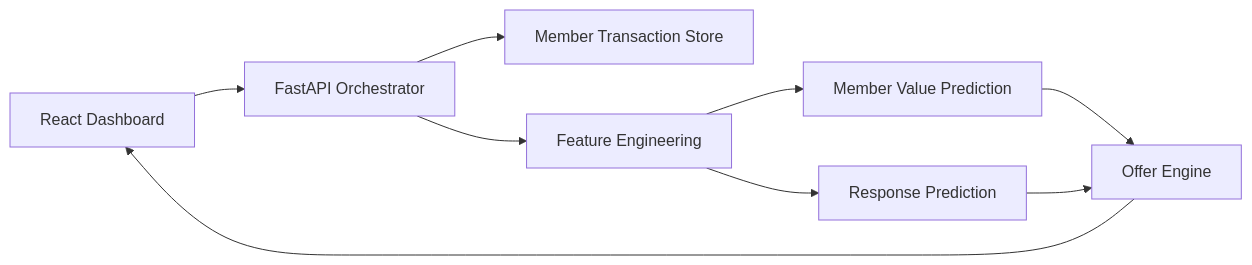
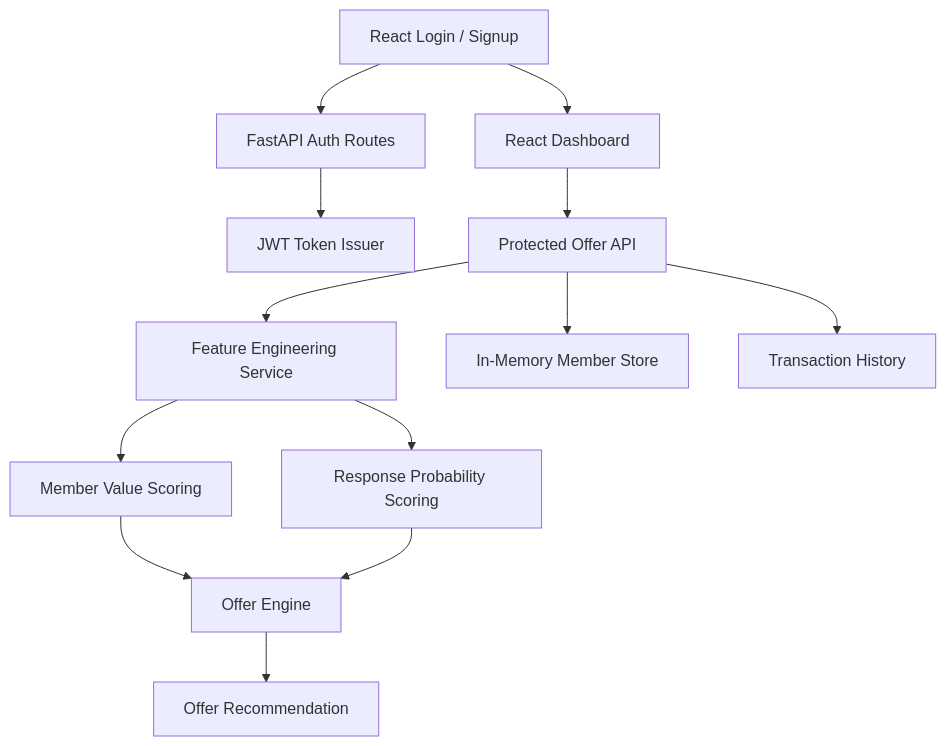
One commit to TaranjyotS/offer-intelligence-platform changed the diagram in README.md. Above: the diagram before and after it, drawn with Mermaid. The commit also changed other lines of this file and 1 other file, not shown here.

````diff
--- a/README.md
+++ b/README.md
@@ -26,11 +163,15 @@
 ```mermaid
-flowchart LR
-    UI[React Dashboard] --> API[FastAPI Orchestrator]
-    API --> Store[Member Transaction Store]
-    API --> FE[Feature Engineering]
-    FE --> Value[Member Value Prediction]
-    FE --> RESP[Response Prediction]
-    Value --> Offer[Offer Engine]
-    RESP --> Offer
-    Offer --> UI
+flowchart TD
+    A[React Login / Signup] --> B[FastAPI Auth Routes]
+    B --> C[JWT Token Issuer]
+    A --> D[React Dashboard]
+    D --> E[Protected Offer API]
+    E --> F[Feature Engineering Service]
+    F --> G[Member Value Scoring]
+    F --> H[Response Probability Scoring]
+    G --> I[Offer Engine]
+    H --> I
+    I --> J[Offer Recommendation]
+    E --> K[In-Memory Member Store]
+    E --> L[Transaction History]
 ```
````
